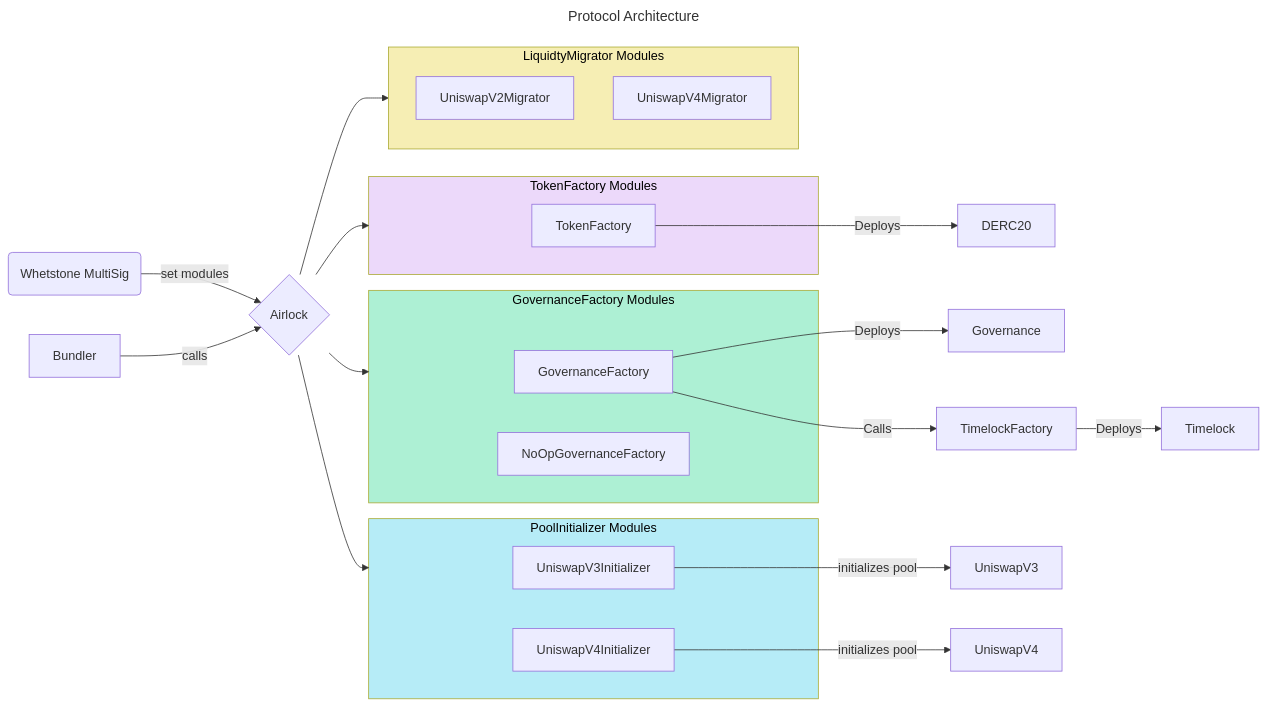
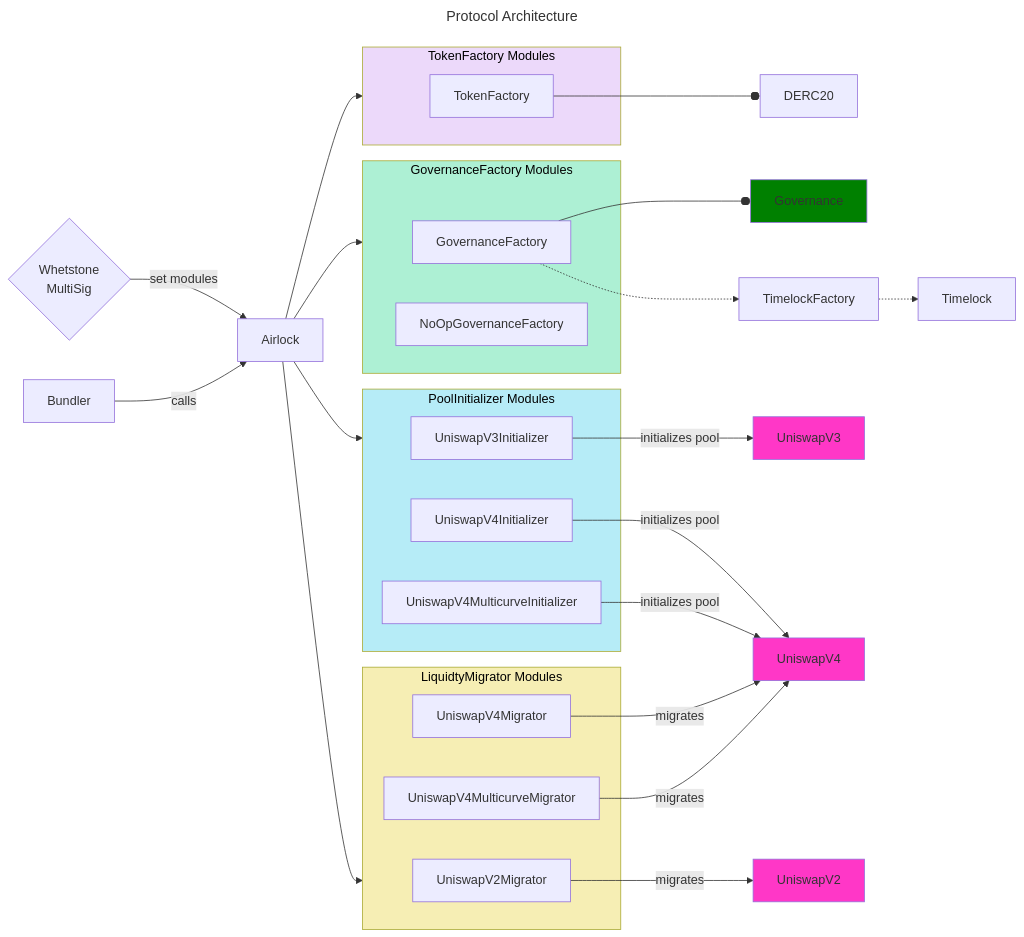
Before and after one commit to whetstoneresearch/doppler: the diagram in docs/Airlock.md, drawn with Mermaid.

Commit message:
chore: update protocol architecture flowchart

````diff
--- a/docs/Airlock.md
+++ b/docs/Airlock.md
@@ -18,50 +18,62 @@
 ```mermaid
 ---
 title: Protocol Architecture
 ---
-
 flowchart LR
-    MS(Whetstone MultiSig) --> |set modules|A
+    MS{Whetstone<br />MultiSig} --> |set modules|A
     Bundler --> |calls|A
 
-    A{Airlock} --> TFM
+    A[Airlock] --> TFM
     A --> GFM
     A --> LMM
     A --> PIM
 
     subgraph TFM[TokenFactory Modules]
         TF[TokenFactory]
     end
 
     style TFM fill:#ECD9FA, color:#000
 
-    TF --> |Deploys| DERC20
+    TF --o DERC20
 
     subgraph GFM[GovernanceFactory Modules]
-        GF[GovernanceFactory]
-        NOG[NoOpGovernanceFactory]
+        GovernanceFactory
+        NoOpGovernanceFactory
     end
 
     style GFM fill:#ADF0D4, color:#000
 
-    GF --> |Deploys| Governance
-    GF --> |Calls| TMF[TimelockFactory]
-    TMF --> |Deploys| Timelock
+    GovernanceFactory --o Governance
+    GovernanceFactory -.->TimelockFactory
+    TimelockFactory -.-> Timelock
+
+    style Governance fill:green
 
     subgraph PIM[PoolInitializer Modules]
-        UniV3Init[UniswapV3Initializer]
-        UniV4Init[UniswapV4Initializer]
+        UniswapV3Initializer
+        UniswapV4Initializer
+        UniswapV4MulticurveInitializer
     end
 
     style PIM fill:#B6ECF7, color:#000
 
-    UniV3Init --> |initializes pool| UniswapV3
-    UniV4Init --> |initializes pool| UniswapV4
+    UniswapV3Initializer --> |initializes pool| UniswapV3
+    UniswapV4Initializer --> |initializes pool| UniswapV4
+    UniswapV4MulticurveInitializer --> |initializes pool| UniswapV4
 
     subgraph LMM[LiquidtyMigrator Modules]
         UniswapV2Migrator
         UniswapV4Migrator
+        UniswapV4MulticurveMigrator
     end
 
     style LMM fill:#F6EEB4, color:#000
+
+    UniswapV2Migrator --> |migrates| UniswapV2
+    UniswapV4Migrator --> |migrates| UniswapV4
+    UniswapV4MulticurveMigrator --> |migrates| UniswapV4
+
+    style UniswapV2 fill:#ff37c7
+    style UniswapV3 fill:#ff37c7
+    style UniswapV4 fill:#ff37c7
 ```
````
